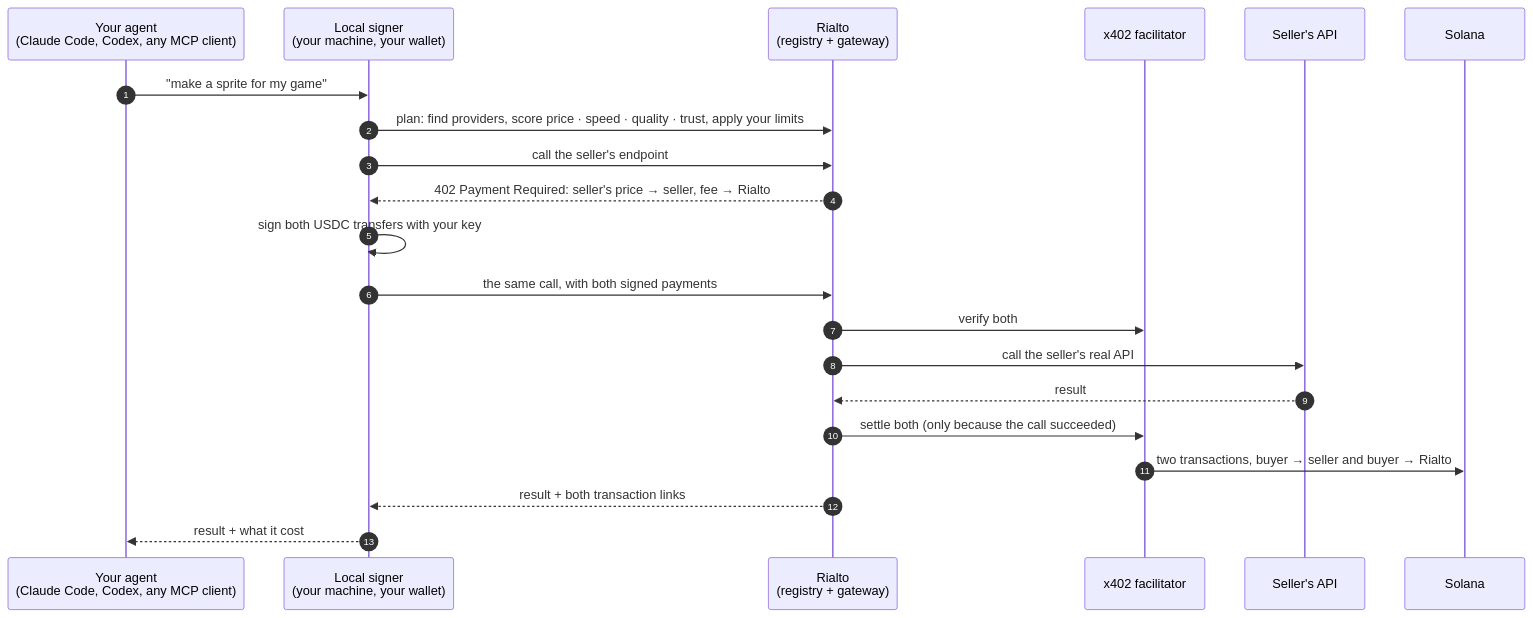
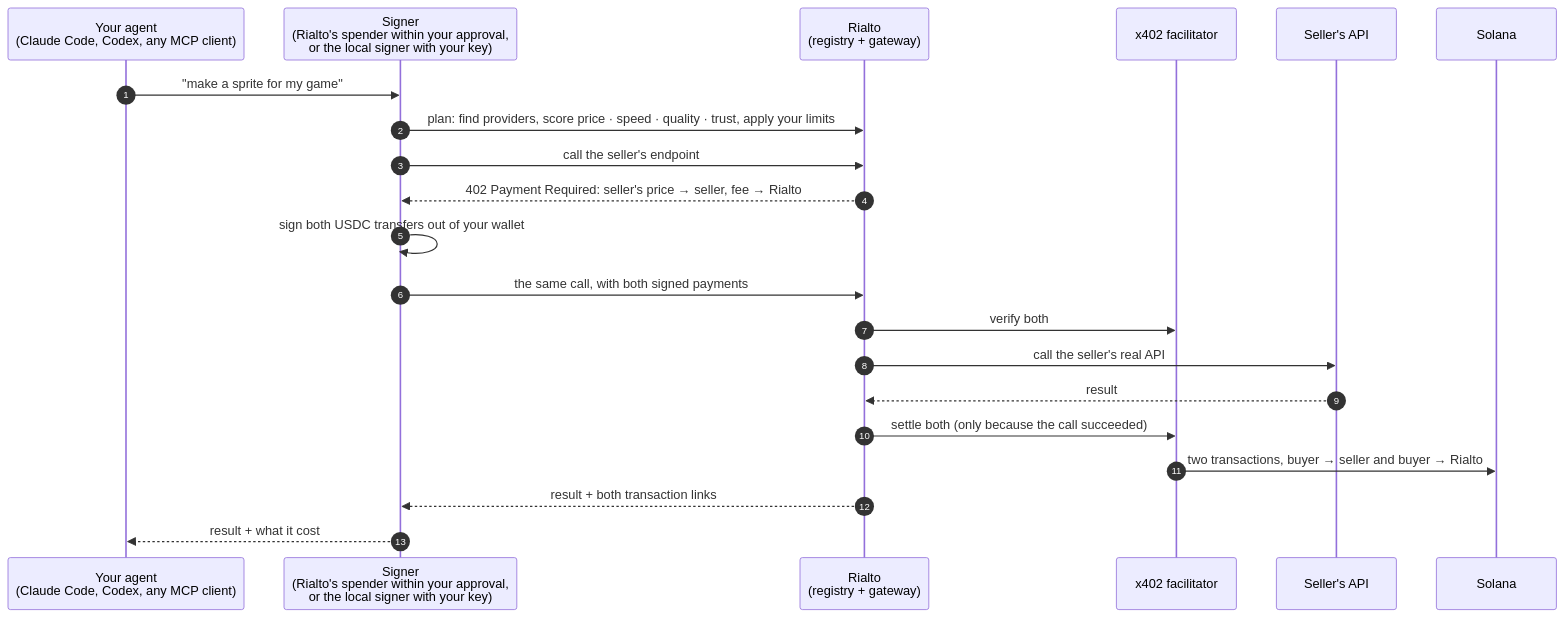
The first of 2 diagrams in README.md (chicogborba/rialto), drawn with Mermaid before and after one commit. The commit also changed other lines of this file and 23 other files, not shown here.

````diff
--- a/README.md
+++ b/README.md
@@ -68,24 +68,24 @@
 ```mermaid
 sequenceDiagram
     autonumber
     participant A as Your agent<br/>(Claude Code, Codex, any MCP client)
-    participant S as Local signer<br/>(your machine, your wallet)
+    participant S as Signer<br/>(Rialto's spender within your approval,<br/>or the local signer with your key)
     participant R as Rialto<br/>(registry + gateway)
     participant F as x402 facilitator
     participant P as Seller's API
     participant C as Solana
 
     A->>S: "make a sprite for my game"
     S->>R: plan: find providers, score price · speed · quality · trust, apply your limits
     S->>R: call the seller's endpoint
     R-->>S: 402 Payment Required: seller's price → seller, fee → Rialto
-    S->>S: sign both USDC transfers with your key
+    S->>S: sign both USDC transfers out of your wallet
     S->>R: the same call, with both signed payments
     R->>F: verify both
     R->>P: call the seller's real API
     P-->>R: result
     R->>F: settle both (only because the call succeeded)
     F->>C: two transactions, buyer → seller and buyer → Rialto
     R-->>S: result + both transaction links
     S-->>A: result + what it cost
 ```
````
